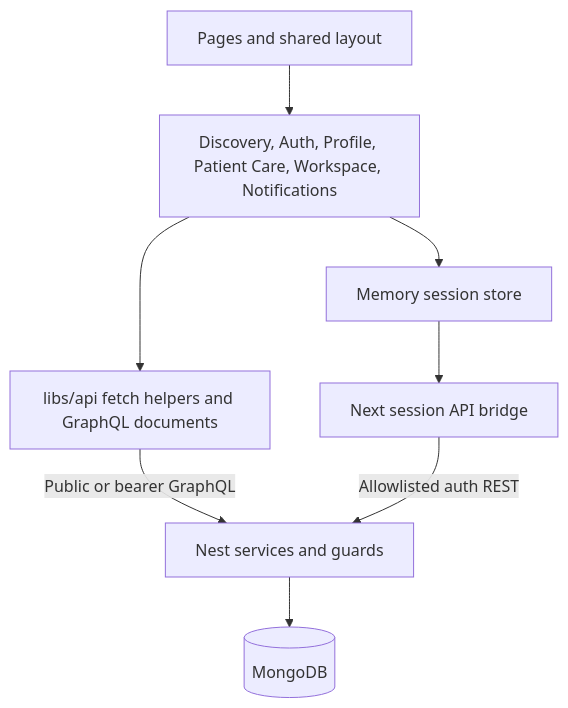
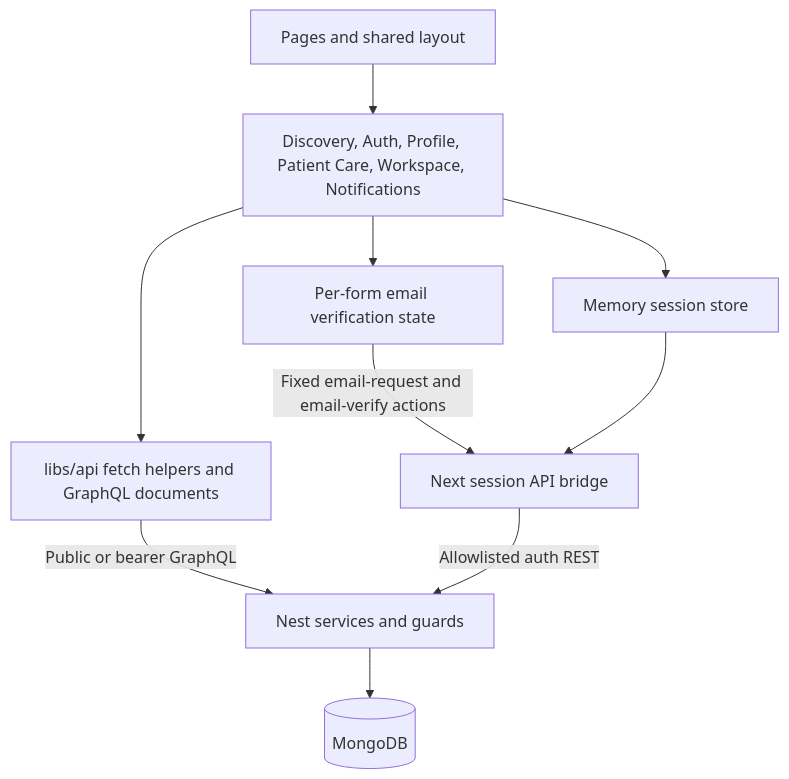
One commit to aaronkr-2026-2/cbnu-soft-eng-software-engineering-project-group-1 changed the first of 2 diagrams in docs/architecture/architecture-next.md. Above: the diagram before and after it, drawn with Mermaid. The commit also changed other lines of this file and 14 other files, not shown here.

Commit message:
feat(next): add email verification to patient signup

````diff
--- a/docs/architecture/architecture-next.md
+++ b/docs/architecture/architecture-next.md
@@ -16,10 +16,12 @@
 ```mermaid
 flowchart TD
   Routes[Pages and shared layout] --> Features[Discovery, Auth, Profile, Patient Care, Workspace, Notifications]
   Features --> Transport[libs/api fetch helpers and GraphQL documents]
   Features --> Session[Memory session store]
+  Features --> Verification[Per-form email verification state]
+  Verification -->|Fixed email-request and email-verify actions| Bridge
   Session --> Bridge[Next session API bridge]
   Transport -->|Public or bearer GraphQL| Nest[Nest services and guards]
   Bridge -->|Allowlisted auth REST| Nest
   Nest --> DB[(MongoDB)]
 ```
````
